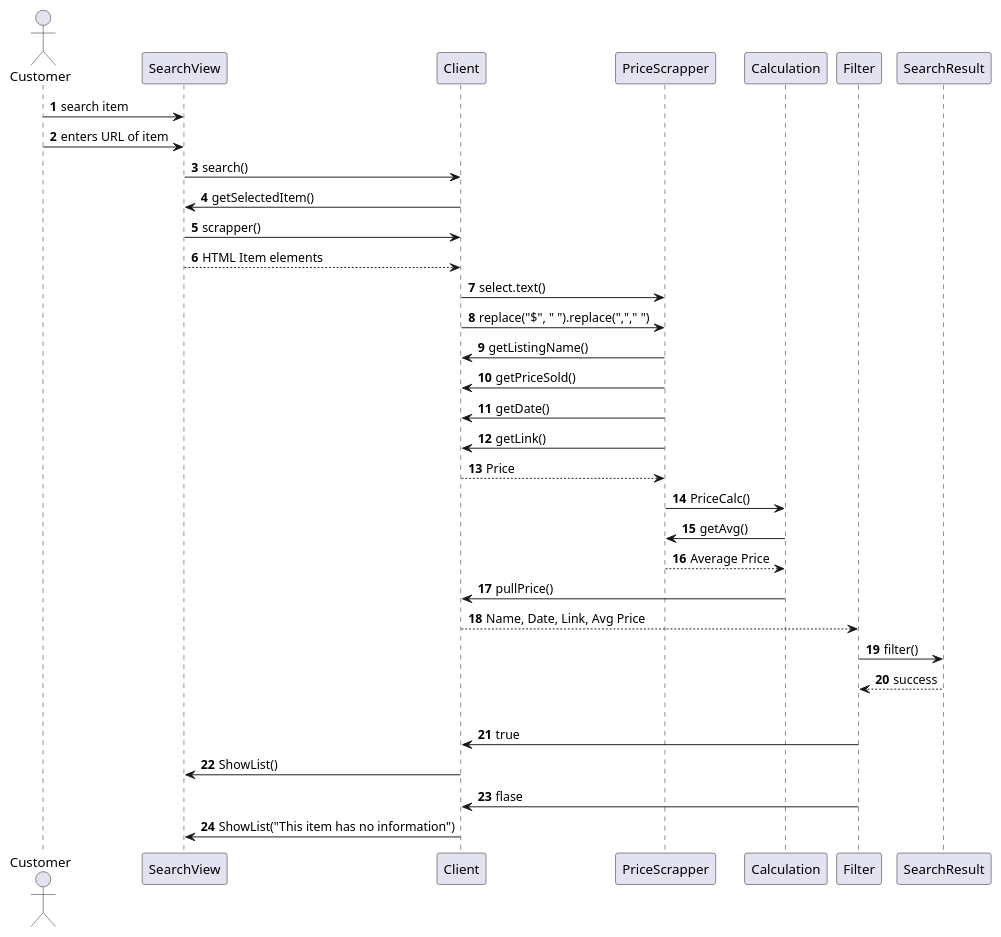
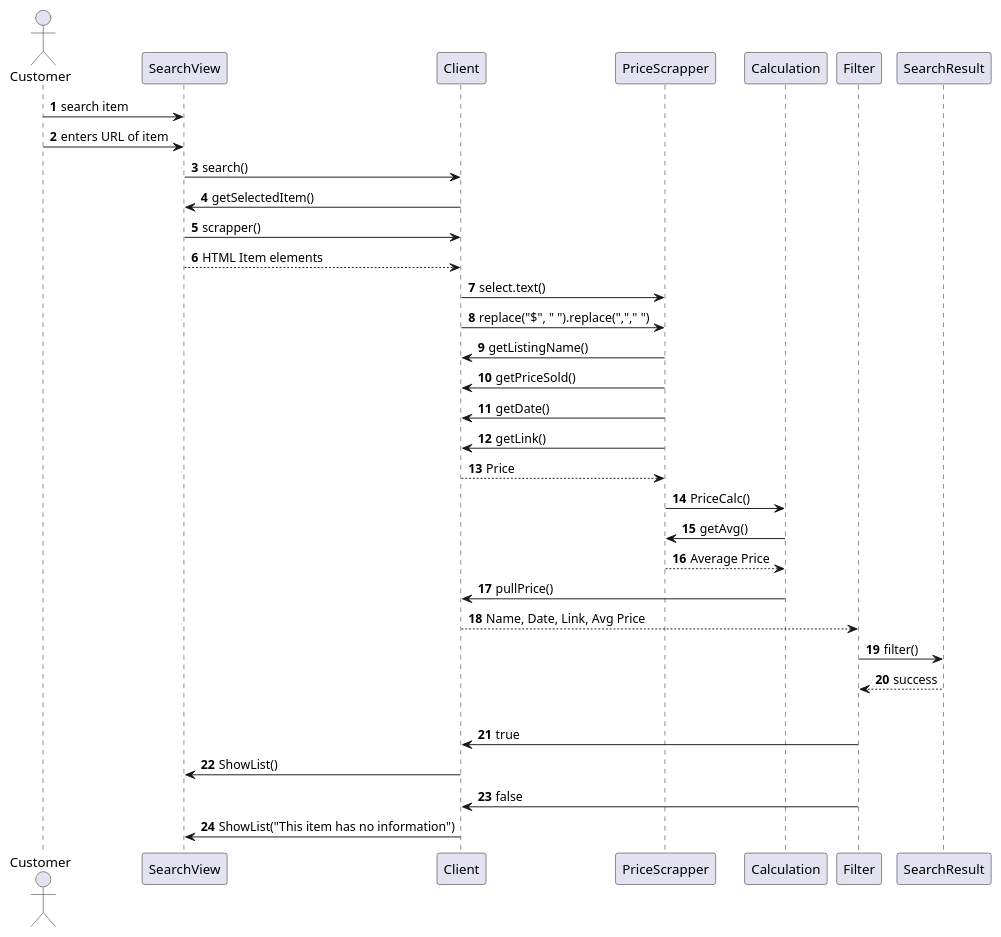
The diagram in Sequence_Diagram.puml (Grod2/Final-Project-v1.0), drawn with PlantUML before and after one commit.

```diff
--- a/Sequence_Diagram.puml
+++ b/Sequence_Diagram.puml
@@ -1,48 +1,48 @@
 @startuml
 autonumber
 
 actor Customer as user
 participant SearchView
 participant Client
 participant PriceScrapper
 participant Calculation
 participant Filter
 participant SearchResult
 
 user -> SearchView: search item
 user -> SearchView: enters URL of item
 SearchView -> Client: search()
 
 Client -> SearchView: getSelectedItem()
 SearchView -> Client: scrapper()
 SearchView --> Client: HTML Item elements
 
 Client -> PriceScrapper: select.text()
 Client -> PriceScrapper: replace("$", " ").replace(","," ")
 PriceScrapper -> Client: getListingName()
 PriceScrapper -> Client: getPriceSold()
 PriceScrapper -> Client: getDate()
 PriceScrapper -> Client: getLink()
 Client --> PriceScrapper: Price 
 
 PriceScrapper -> Calculation: PriceCalc()
 Calculation -> PriceScrapper: getAvg()
 PriceScrapper --> Calculation: Average Price
 Calculation -> Client: pullPrice()
 
 
 
 Client --> Filter: Name, Date, Link, Avg Price
 Filter -> SearchResult: filter()
 SearchResult --> Filter: success
 
 alt success == true
 Filter -> Client: true
 Client -> SearchView: ShowList()
 else
-Filter -> Client: flase
+Filter -> Client: false
 Client -> SearchView: ShowList("This item has no information")
 
 
 
 @enduml
```
